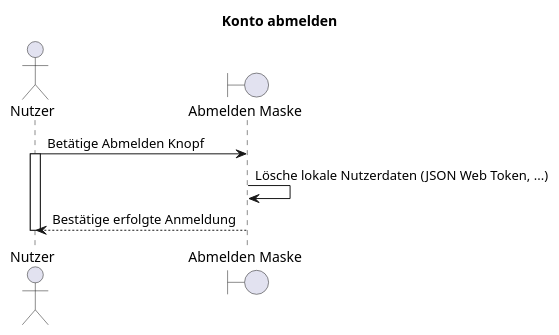
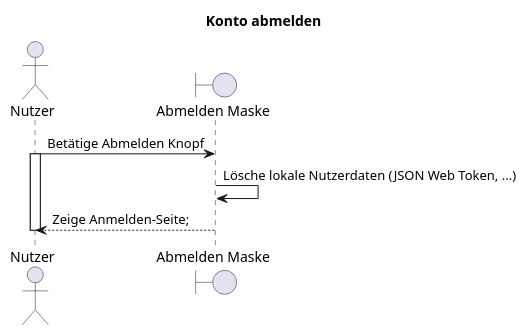
The diagram in docs/F012/F012_kontoAbmelden_seq.plantuml (party-time-2/party-time), drawn with PlantUML before and after one commit. The commit also changed 3 other files, not shown here.

Commit message:
f012 diagrams - adapt to cypress test

```diff
--- a/docs/F012/F012_kontoAbmelden_seq.plantuml
+++ b/docs/F012/F012_kontoAbmelden_seq.plantuml
@@ -1,12 +1,12 @@
 @startuml F012_kontoAbmelden_seq
 title "Konto abmelden"
 
 actor "Nutzer" as user
 boundary "Abmelden Maske" as userMask
 
 user -> userMask: Betätige Abmelden Knopf
 activate user
 userMask -> userMask: Lösche lokale Nutzerdaten (JSON Web Token, ...)
-user <-- userMask: Bestätige erfolgte Anmeldung
+user <-- userMask: Zeige Anmelden-Seite;
 deactivate user
 @enduml
```
